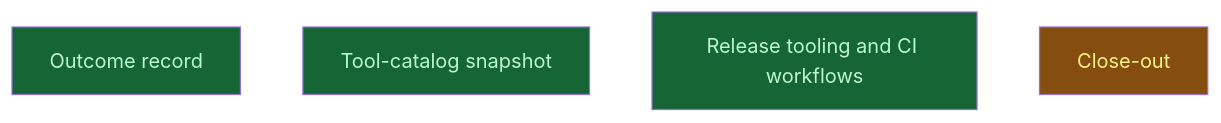
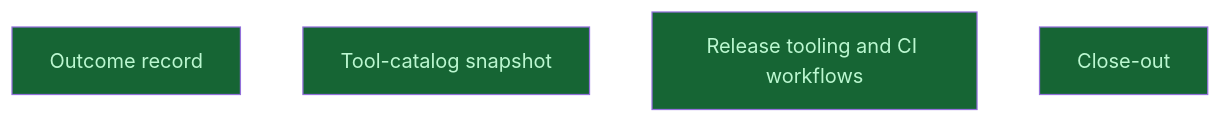
Before and after one commit to CrackingShells/Candler: the diagram in __roadmap__/wire-schemas/records/README.md, drawn with Mermaid. The commit also changed other lines of this file and 3 other files, not shown here.

First line of the commit message:
rdm(schemas): mark the wire-schemas campaign done

````diff
--- a/__roadmap__/wire-schemas/records/README.md
+++ b/__roadmap__/wire-schemas/records/README.md
@@ -26,12 +26,12 @@
 ```mermaid
 graph TD
     outcome_record[Outcome record]:::done
     catalog_snapshot[Tool-catalog snapshot]:::done
     release_ci[Release tooling and CI workflows]:::done
-    closeout[Close-out]:::inprogress
+    closeout[Close-out]:::done
     classDef done       fill:#166534,color:#bbf7d0
     classDef inprogress fill:#854d0e,color:#fef08a
     classDef planned    fill:#374151,color:#e5e7eb
     classDef amendment  fill:#1e3a5f,color:#bfdbfe
     classDef blocked    fill:#7f1d1d,color:#fecaca
 ```
````
